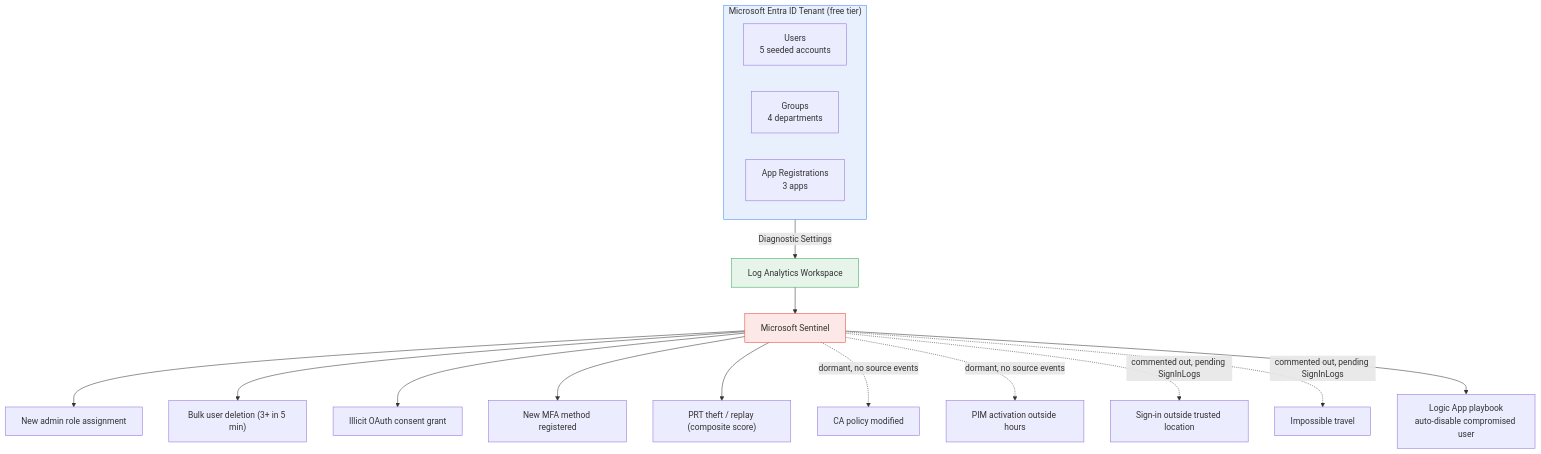
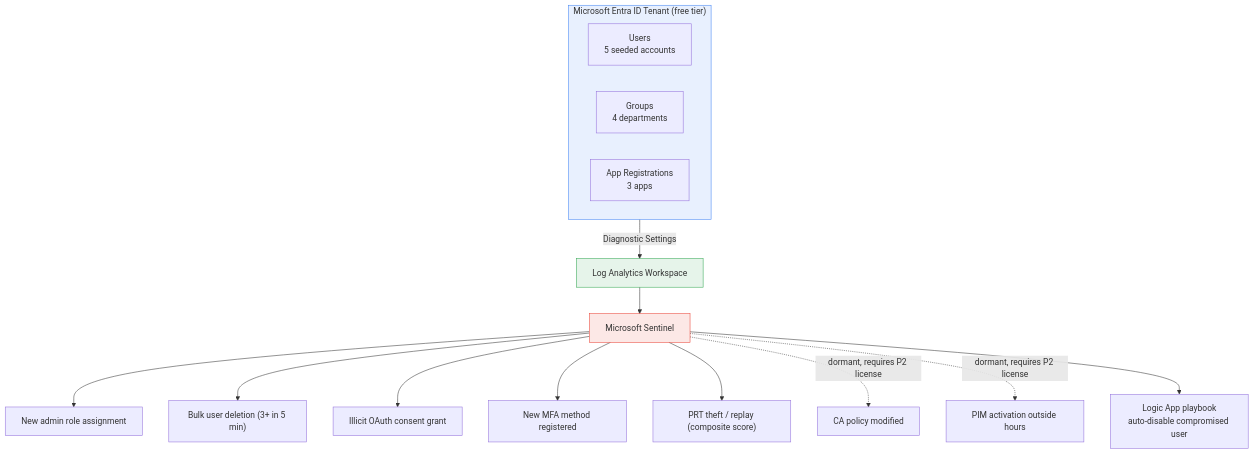
Before and after one commit to levismwangi/iam_project: the first of 2 diagrams in README.md, drawn with Mermaid. The commit also changed other lines of this file, not shown here.

````diff
--- a/README.md
+++ b/README.md
@@ -13,27 +13,25 @@
 ```mermaid
 flowchart TB
     subgraph Tenant["Microsoft Entra ID Tenant (free tier)"]
         Users["Users\n5 seeded accounts"]
         Groups["Groups\n4 departments"]
         Apps["App Registrations\n3 apps"]
     end
 
     Tenant -->|Diagnostic Settings| LA["Log Analytics Workspace"]
     LA --> Sentinel["Microsoft Sentinel"]
 
     Sentinel --> Alert1["New admin role assignment"]
     Sentinel --> Alert2["Bulk user deletion (3+ in 5 min)"]
     Sentinel --> Alert3["Illicit OAuth consent grant"]
     Sentinel --> Alert4["New MFA method registered"]
     Sentinel --> Alert5["PRT theft / replay (composite score)"]
-    Sentinel -.->|dormant, no source events| Alert6["CA policy modified"]
-    Sentinel -.->|dormant, no source events| Alert7["PIM activation outside hours"]
-    Sentinel -.->|commented out, pending SignInLogs| Alert8["Sign-in outside trusted location"]
-    Sentinel -.->|commented out, pending SignInLogs| Alert9["Impossible travel"]
+    Sentinel -.->|dormant, requires P2 license| Alert6["CA policy modified"]
+    Sentinel -.->|dormant, requires P2 license| Alert7["PIM activation outside hours"]
 
     Sentinel --> Playbook["Logic App playbook\nauto-disable compromised user"]
 
     style Tenant fill:#e8f0fe,stroke:#4285f4
     style LA fill:#e6f4ea,stroke:#34a853
     style Sentinel fill:#fce8e6,stroke:#ea4335
 ```
````
